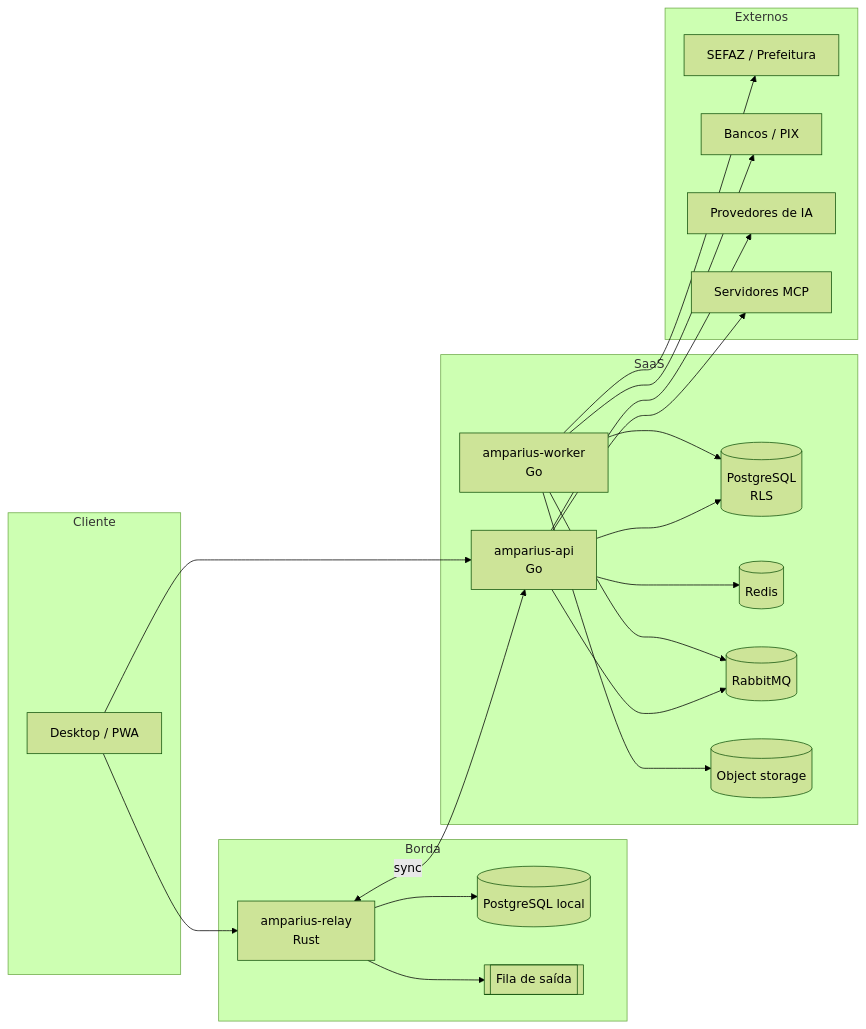
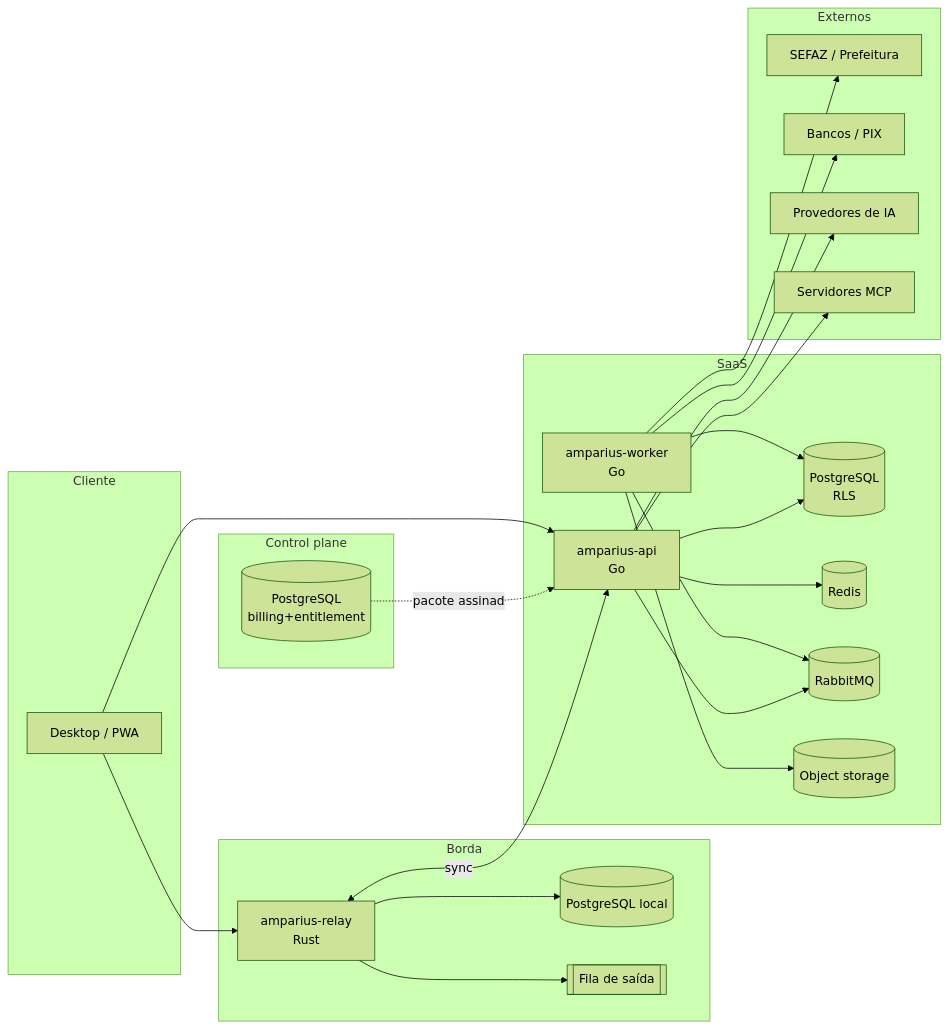
The first of 10 diagrams in docs/uml/UML.md (alltomatos/amparius), drawn with Mermaid (forest theme) before and after one commit. The commit also changed other lines of this file and 15 other files, not shown here.

````diff
--- a/docs/uml/UML.md
+++ b/docs/uml/UML.md
@@ -7,40 +7,44 @@
 ```mermaid
 flowchart LR
   subgraph Cliente
     UI[Desktop / PWA]
   end
   subgraph Borda
     RELAY[amparius-relay<br/>Rust]
     LDB[(PostgreSQL local)]
     LQ[[Fila de saída]]
   end
   subgraph SaaS
     API[amparius-api<br/>Go]
     WORKER[amparius-worker<br/>Go]
     PG[(PostgreSQL<br/>RLS)]
     REDIS[(Redis)]
     MQ[(RabbitMQ)]
     OBJ[(Object storage)]
   end
+  subgraph ControlPlane[Control plane]
+    CPDB[(PostgreSQL<br/>billing+entitlement)]
+  end
+  CPDB -.pacote assinado.-> API
   subgraph Externos
     SEFAZ[SEFAZ / Prefeitura]
     BANK[Bancos / PIX]
     AI[Provedores de IA]
     MCP[Servidores MCP]
   end
   UI --> RELAY
   UI --> API
   RELAY --> LDB
   RELAY --> LQ
   RELAY <-->|sync| API
   API --> PG
   API --> REDIS
   API --> MQ
   WORKER --> MQ
   WORKER --> PG
   WORKER --> OBJ
   WORKER --> SEFAZ
   WORKER --> BANK
   API --> AI
   API --> MCP
 ```
````
